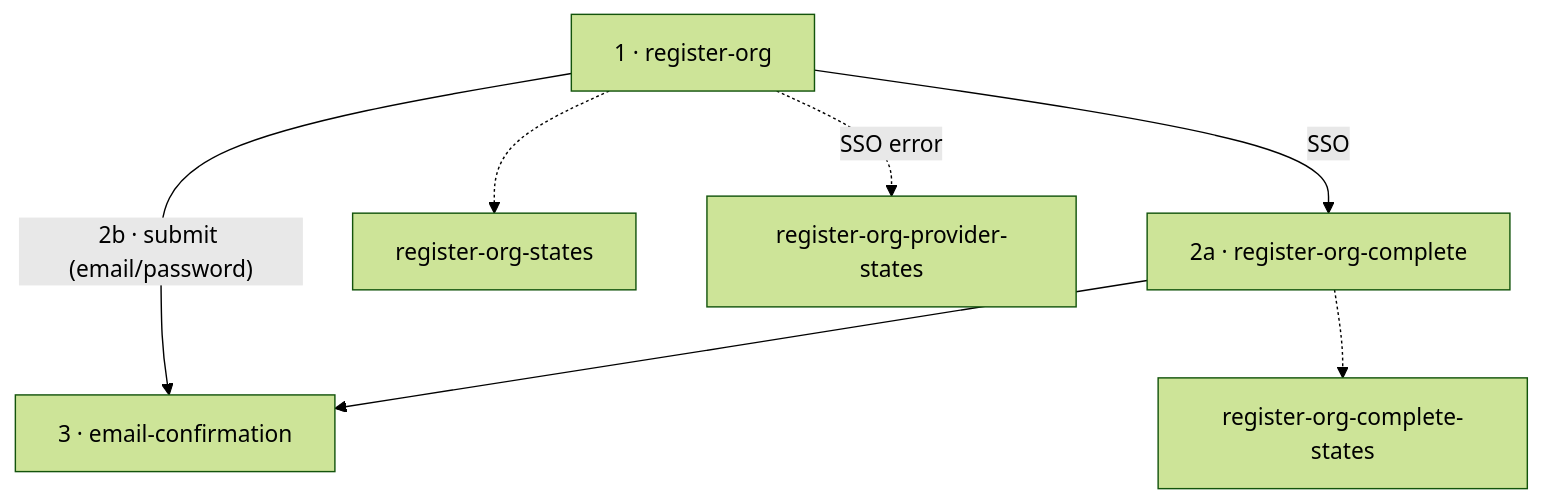
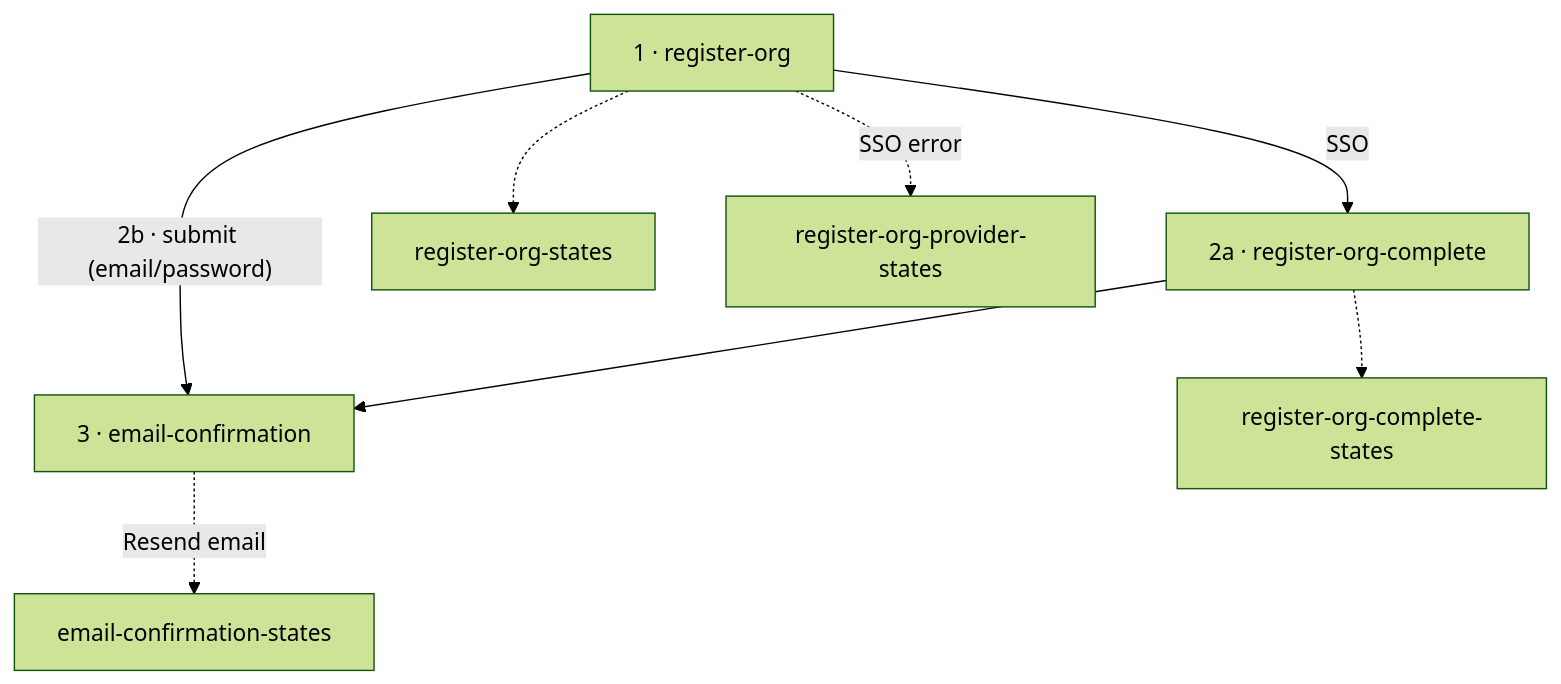
The diagram in docs/use-cases/platform-foundation/register-org/README.md (phuongnse/axis), drawn with Mermaid (forest theme) before and after one commit. The commit also changed other lines of this file and 8 other files, not shown here.

First line of the commit message:
feat(wireframes): email-confirmation resend states and layout fixes

````diff
--- a/docs/use-cases/platform-foundation/register-org/README.md
+++ b/docs/use-cases/platform-foundation/register-org/README.md
@@ -106,16 +107,18 @@
 ```mermaid
 flowchart TD
   entry["1 · register-org"]
   complete["2a · register-org-complete"]
   confirm["3 · email-confirmation"]
   errEntry["register-org-states"]
   errComplete["register-org-complete-states"]
   errProvider["register-org-provider-states"]
+  errResend["email-confirmation-states"]
 
   entry -->|"2b · submit (email/password)"| confirm
   entry -->|SSO| complete
   complete --> confirm
   entry -.-> errEntry
   complete -.-> errComplete
   entry -.->|SSO error| errProvider
+  confirm -.->|Resend email| errResend
 ```
````
